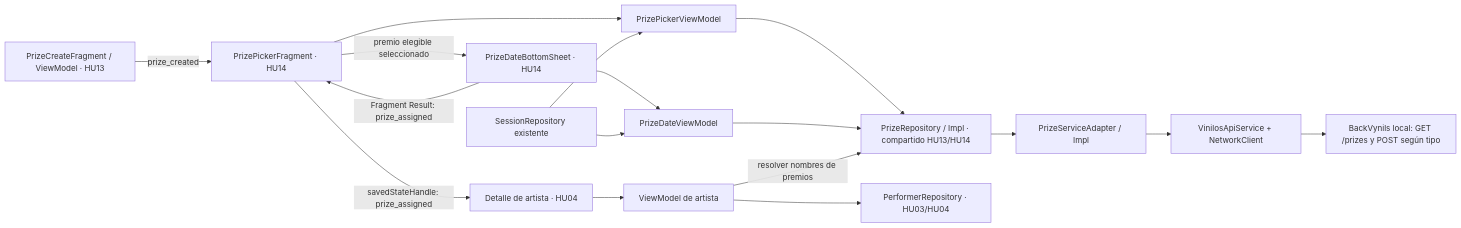
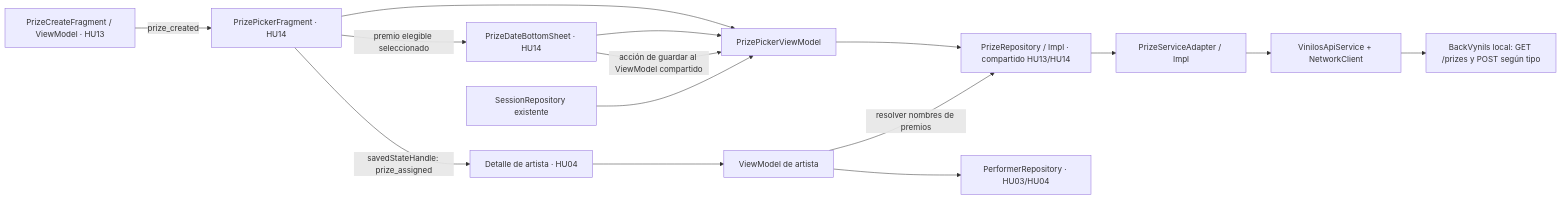
One commit to misw-is-aplicaciones-moviles/MobileVynils changed the second of 2 diagrams in docs/12-hu14-diseno-tecnico.md. Above: the diagram before and after it, drawn with Mermaid. The commit also changed other lines of this file and 20 other files, not shown here.

````diff
--- a/docs/12-hu14-diseno-tecnico.md
+++ b/docs/12-hu14-diseno-tecnico.md
@@ -207,19 +207,17 @@
 ```mermaid
 flowchart LR
     Create["PrizeCreateFragment / ViewModel · HU13"] -->|"prize_created"| Picker["PrizePickerFragment · HU14"]
     Picker --> PickerVM["PrizePickerViewModel"]
-    Date["PrizeDateBottomSheet · HU14"] --> DateVM["PrizeDateViewModel"]
+    Date["PrizeDateBottomSheet · HU14"] --> PickerVM
     Picker -->|"premio elegible seleccionado"| Date
     PickerVM --> Repo["PrizeRepository / Impl · compartido HU13/HU14"]
-    DateVM --> Repo
     Repo --> Adapter["PrizeServiceAdapter / Impl"]
     Adapter --> HTTP["VinilosApiService + NetworkClient"]
     HTTP --> API["BackVynils local: GET /prizes y POST según tipo"]
-    Date -->|"Fragment Result: prize_assigned"| Picker
+    Date -->|"acción de guardar al ViewModel compartido"| PickerVM
     Picker -->|"savedStateHandle: prize_assigned"| Detail["Detalle de artista · HU04"]
     Detail --> ArtistVM["ViewModel de artista"]
     ArtistVM --> ArtistRepo["PerformerRepository · HU03/HU04"]
     ArtistVM -->|"resolver nombres de premios"| Repo
     Session["SessionRepository existente"] --> PickerVM
-    Session --> DateVM
 ```
````
